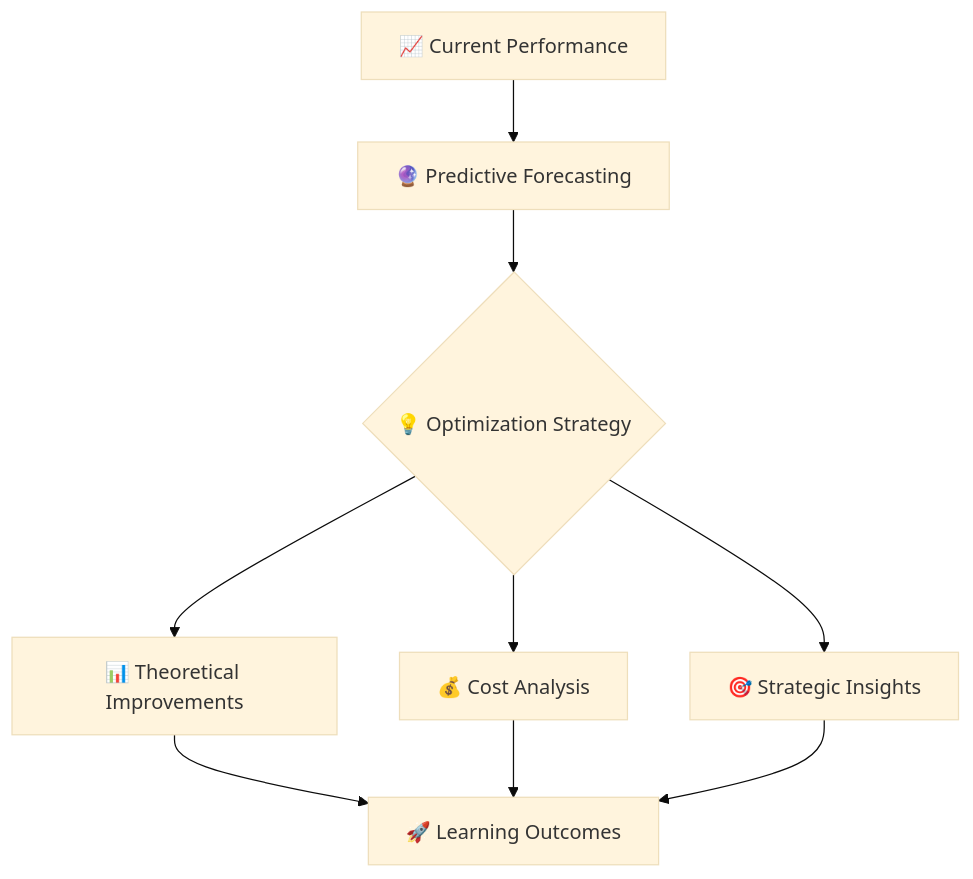
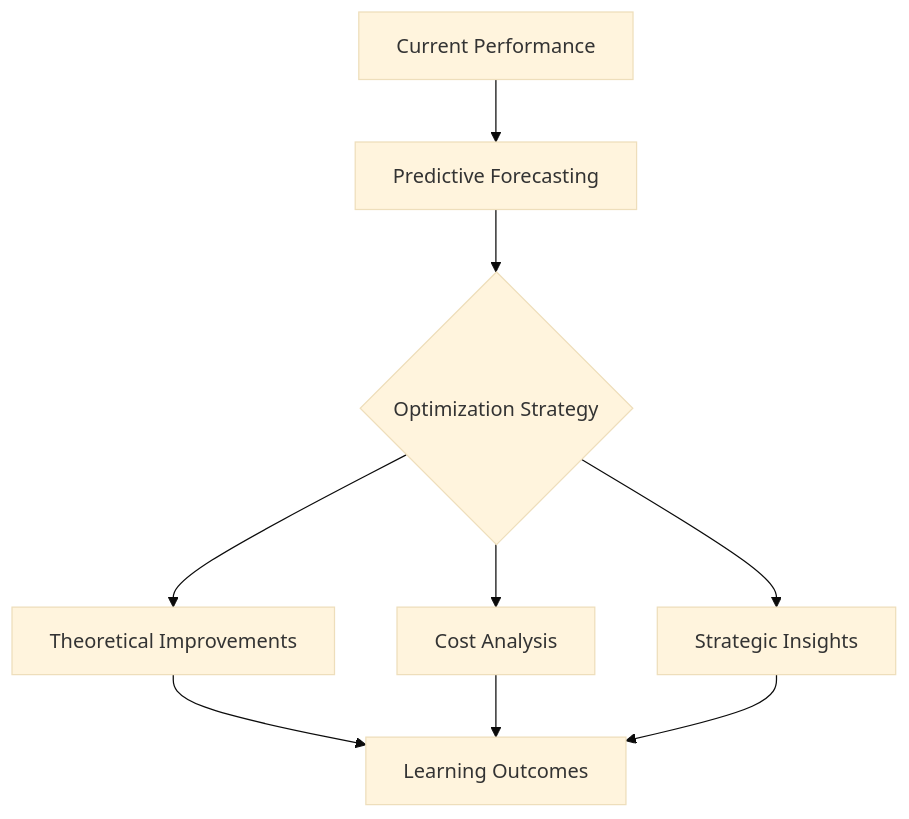
Before and after one commit to asadadnan11/kpi-forecasting-for-media-campaigns: the second of 3 diagrams in README.md, drawn with Mermaid (base theme). The commit also changed other lines of this file and 1 other file, not shown here.

````diff
--- a/README.md
+++ b/README.md
@@ -65,13 +65,13 @@
 ```mermaid
 graph TD
-    A["📈 Current Performance"] --> B["🔮 Predictive Forecasting"]
-    B --> C{"💡 Optimization Strategy"}
+    A["Current Performance"] --> B["Predictive Forecasting"]
+    B --> C{"Optimization Strategy"}
     
-    C --> D1["📊 Theoretical Improvements"]
-    C --> D2["💰 Cost Analysis"]
-    C --> D3["🎯 Strategic Insights"]
+    C --> D1["Theoretical Improvements"]
+    C --> D2["Cost Analysis"]
+    C --> D3["Strategic Insights"]
     
-    D1 --> E["🚀 Learning Outcomes"]
+    D1 --> E["Learning Outcomes"]
     D2 --> E
     D3 --> E
 ```
````
